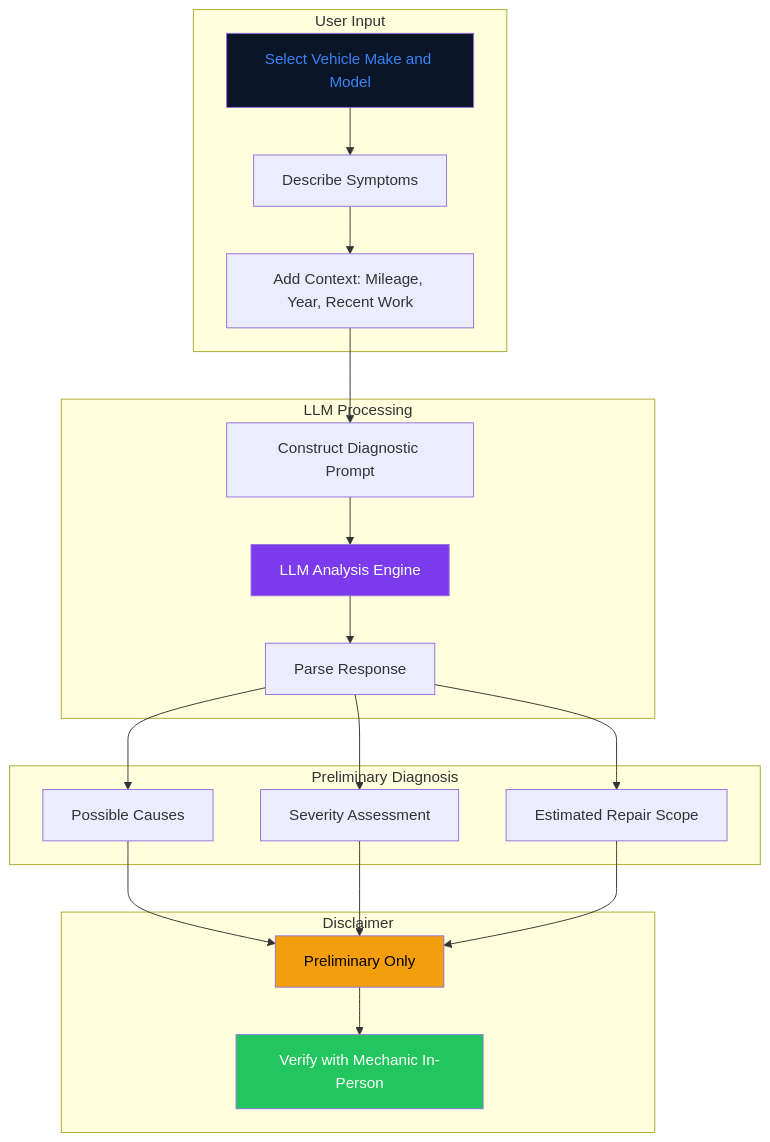
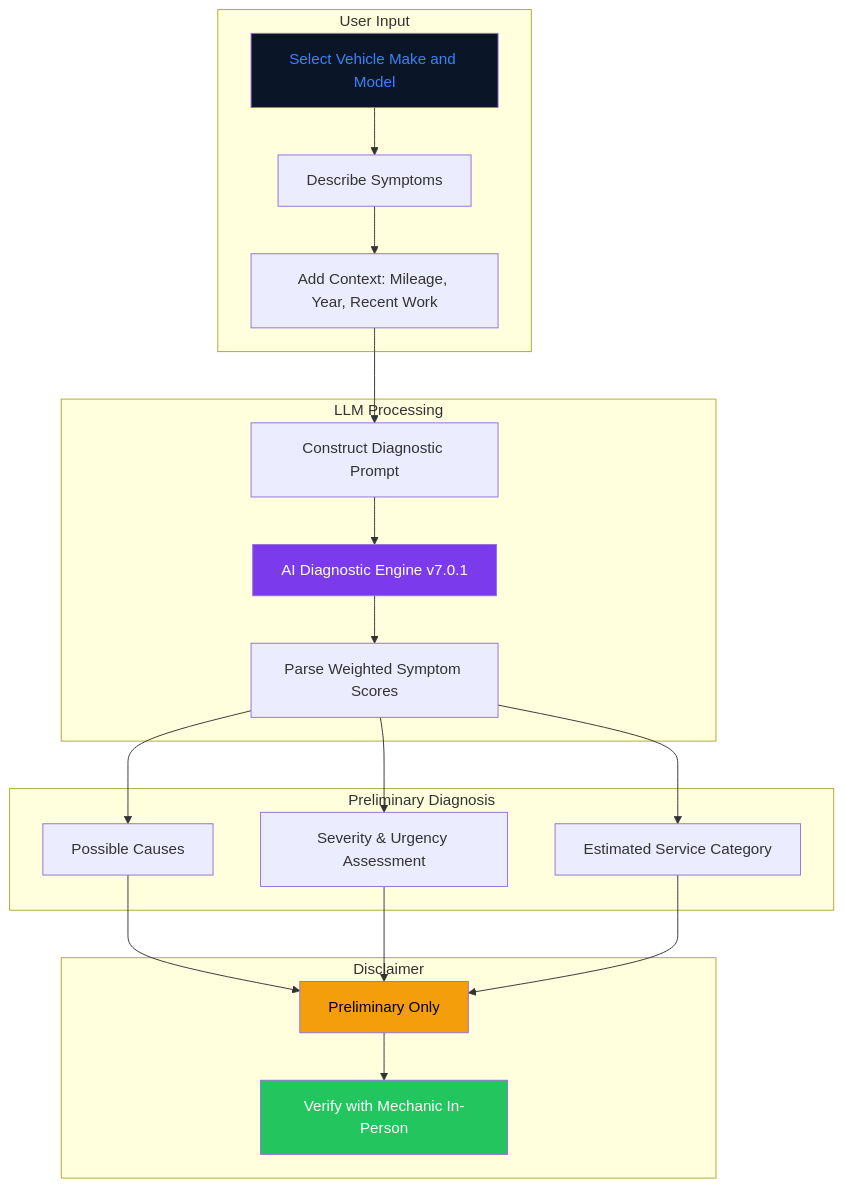
One commit to mulkymalikuldhrs/oke-mekanik-mobile-service changed the second of 4 diagrams in README.md. Above: the diagram before and after it, drawn with Mermaid. The commit also changed other lines of this file and 13 other files, not shown here.

````diff
--- a/README.md
+++ b/README.md
@@ -77,31 +77,31 @@
 ```mermaid
 flowchart TB
     subgraph Input["User Input"]
         Start["Select Vehicle Make and Model"] --> Symptoms["Describe Symptoms"]
         Symptoms --> Context["Add Context: Mileage, Year, Recent Work"]
     end
 
     subgraph LLMProc["LLM Processing"]
         Context --> Prompt["Construct Diagnostic Prompt"]
-        Prompt --> LLM["LLM Analysis Engine"]
-        LLM --> Parse["Parse Response"]
+        Prompt --> LLM["AI Diagnostic Engine v7.0.1"]
+        LLM --> Parse["Parse Weighted Symptom Scores"]
     end
 
     subgraph Diagnosis["Preliminary Diagnosis"]
         Parse --> Causes["Possible Causes"]
-        Parse --> Severity["Severity Assessment"]
-        Parse --> Estimate["Estimated Repair Scope"]
+        Parse --> Severity["Severity & Urgency Assessment"]
+        Parse --> Estimate["Estimated Service Category"]
     end
 
     subgraph Disclaimer["Disclaimer"]
         Causes --> Warning["Preliminary Only"]
         Severity --> Warning
         Estimate --> Warning
         Warning --> Mechanic["Verify with Mechanic In-Person"]
     end
 
     style Start fill:#0a1628,color:#3b82f6
     style LLM fill:#7c3aed,color:#fff
     style Warning fill:#f59e0b,color:#000
     style Mechanic fill:#22c55e,color:#fff
 ```
````
